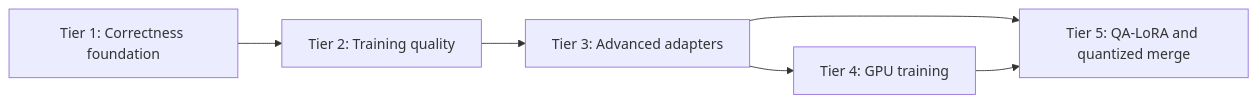
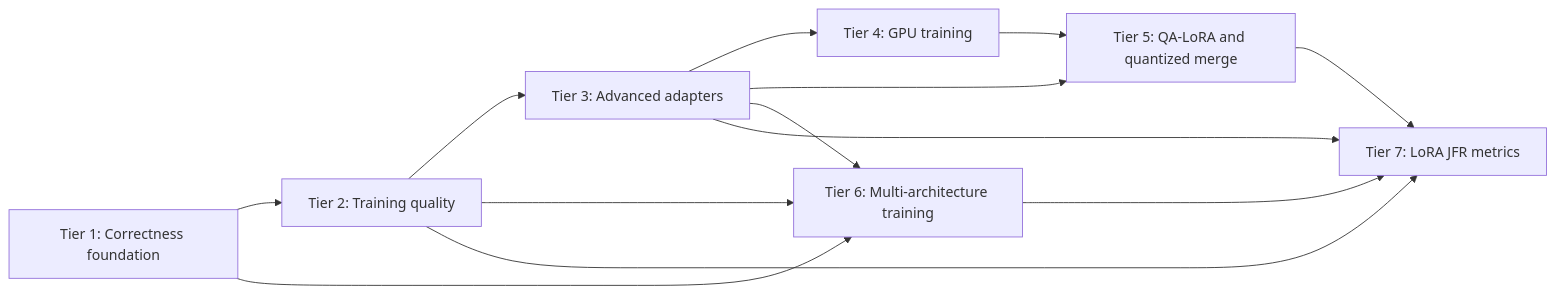
One commit to ml-cab/juno changed the diagram in docs/lora-plan/PLAN-LoRA-ROADMAP.md. Above: the diagram before and after it, drawn with Mermaid. The commit also changed other lines of this file and 45 other files, not shown here.

Commit message:
#21 LoRA: programmatic --jfr, mode identity, and metrics extraction

````diff
--- a/docs/lora-plan/PLAN-LoRA-ROADMAP.md
+++ b/docs/lora-plan/PLAN-LoRA-ROADMAP.md
@@ -25,8 +27,15 @@
 ```mermaid
 flowchart LR
     Tier1["Tier 1: Correctness foundation"] --> Tier2["Tier 2: Training quality"]
     Tier2 --> Tier3["Tier 3: Advanced adapters"]
     Tier3 --> Tier4["Tier 4: GPU training"]
     Tier3 --> Tier5["Tier 5: QA-LoRA and quantized merge"]
     Tier4 --> Tier5
+    Tier1 --> Tier6["Tier 6: Multi-architecture training"]
+    Tier2 --> Tier6
+    Tier3 --> Tier6
+    Tier2 --> Tier7["Tier 7: LoRA JFR metrics"]
+    Tier3 --> Tier7
+    Tier5 --> Tier7
+    Tier6 --> Tier7
 ```
````
